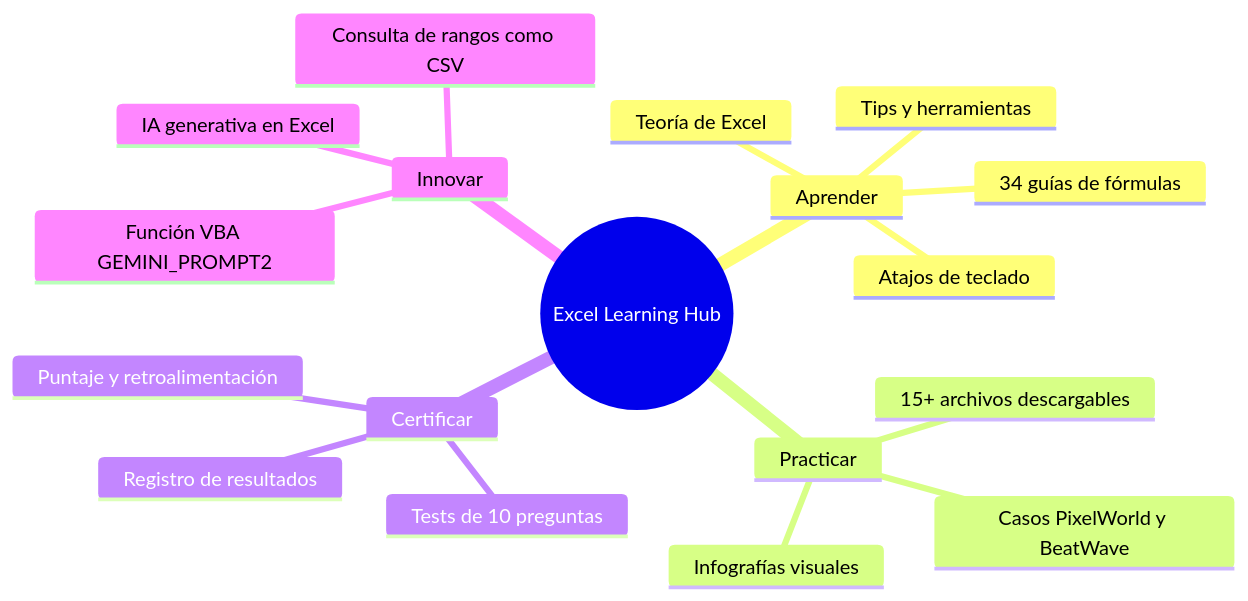
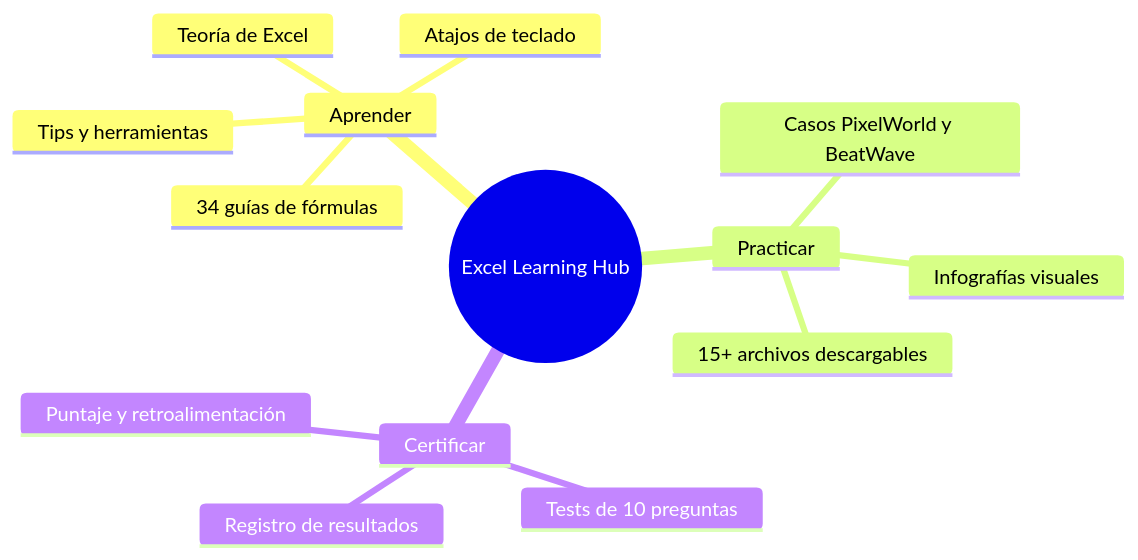
The second of 2 diagrams in docs/PROPUESTA_COMERCIAL.md (Samydex156/vanilla-blog-excel), drawn with Mermaid before and after one commit. The commit also changed other lines of this file and 72 other files, not shown here.

Commit message:
chore: remove exposed gemini_prompt.bas, unify guide CSS and add SEO + PWA

````diff
--- a/docs/PROPUESTA_COMERCIAL.md
+++ b/docs/PROPUESTA_COMERCIAL.md
@@ -32,21 +29,17 @@
 ```mermaid
 mindmap
   root((Excel Learning Hub))
     Aprender
       Teoría de Excel
       34 guías de fórmulas
       Atajos de teclado
       Tips y herramientas
     Practicar
       15+ archivos descargables
       Casos PixelWorld y BeatWave
       Infografías visuales
     Certificar
       Tests de 10 preguntas
       Puntaje y retroalimentación
       Registro de resultados
-    Innovar
-      IA generativa en Excel
-      Función VBA GEMINI_PROMPT2
-      Consulta de rangos como CSV
 ```
````
